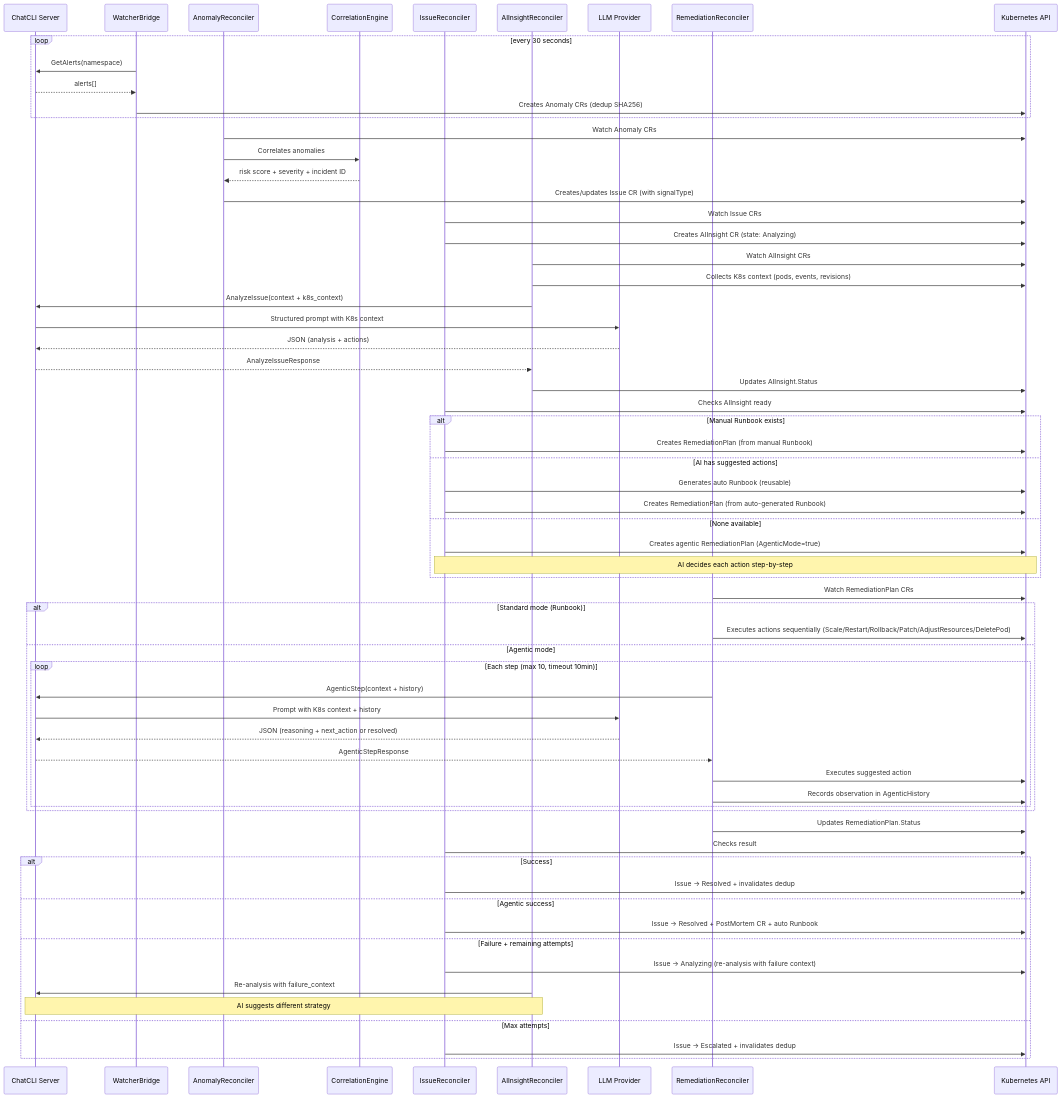
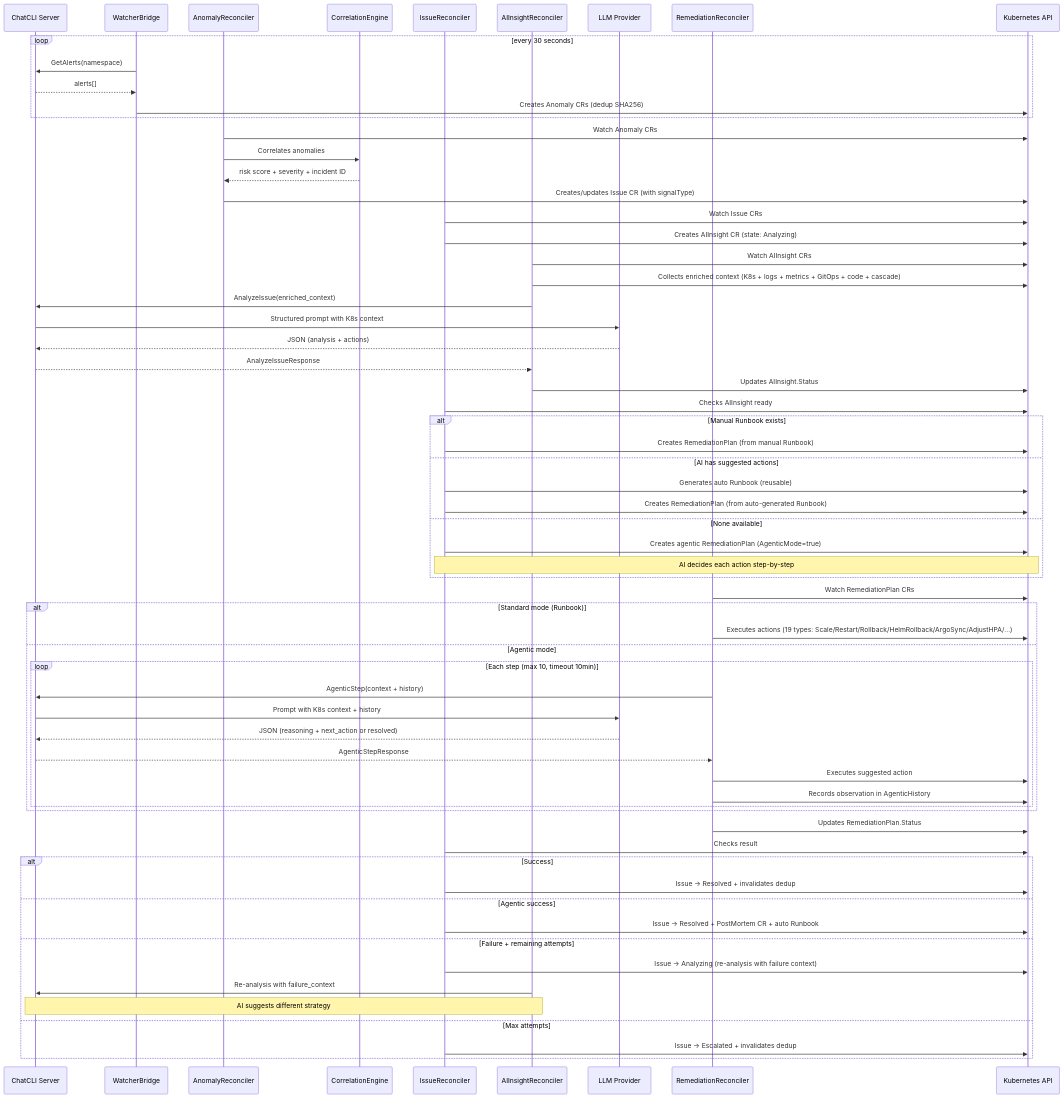
Before and after one commit to diillson/chatcli.ai: the first of 3 diagrams in en/features/aiops-platform.mdx, drawn with Mermaid. The commit also changed other lines of this file and 14 other files, not shown here.

````diff
--- a/en/features/aiops-platform.mdx
+++ b/en/features/aiops-platform.mdx
@@ -47,74 +47,74 @@
 ```mermaid
 sequenceDiagram
     participant Server as ChatCLI Server
     participant WB as WatcherBridge
     participant AR as AnomalyReconciler
     participant CE as CorrelationEngine
     participant IR as IssueReconciler
     participant AIR as AIInsightReconciler
     participant LLM as LLM Provider
     participant RR as RemediationReconciler
     participant K8s as Kubernetes API
 
     loop every 30 seconds
         WB->>Server: GetAlerts(namespace)
         Server-->>WB: alerts[]
         WB->>K8s: Creates Anomaly CRs (dedup SHA256)
     end
 
     AR->>K8s: Watch Anomaly CRs
     AR->>CE: Correlates anomalies
     CE-->>AR: risk score + severity + incident ID
     AR->>K8s: Creates/updates Issue CR (with signalType)
 
     IR->>K8s: Watch Issue CRs
     IR->>K8s: Creates AIInsight CR (state: Analyzing)
 
     AIR->>K8s: Watch AIInsight CRs
-    AIR->>K8s: Collects K8s context (pods, events, revisions)
-    AIR->>Server: AnalyzeIssue(context + k8s_context)
+    AIR->>K8s: Collects enriched context (K8s + logs + metrics + GitOps + code + cascade)
+    AIR->>Server: AnalyzeIssue(enriched_context)
     Server->>LLM: Structured prompt with K8s context
     LLM-->>Server: JSON (analysis + actions)
     Server-->>AIR: AnalyzeIssueResponse
     AIR->>K8s: Updates AIInsight.Status
 
     IR->>K8s: Checks AIInsight ready
     alt Manual Runbook exists
         IR->>K8s: Creates RemediationPlan (from manual Runbook)
     else AI has suggested actions
         IR->>K8s: Generates auto Runbook (reusable)
         IR->>K8s: Creates RemediationPlan (from auto-generated Runbook)
     else None available
         IR->>K8s: Creates agentic RemediationPlan (AgenticMode=true)
         Note over IR,K8s: AI decides each action step-by-step
     end
 
     RR->>K8s: Watch RemediationPlan CRs
 
     alt Standard mode (Runbook)
-        RR->>K8s: Executes actions sequentially (Scale/Restart/Rollback/Patch/AdjustResources/DeletePod)
+        RR->>K8s: Executes actions (19 types: Scale/Restart/Rollback/HelmRollback/ArgoSync/AdjustHPA/...)
     else Agentic mode
         loop Each step (max 10, timeout 10min)
             RR->>Server: AgenticStep(context + history)
             Server->>LLM: Prompt with K8s context + history
             LLM-->>Server: JSON (reasoning + next_action or resolved)
             Server-->>RR: AgenticStepResponse
             RR->>K8s: Executes suggested action
             RR->>K8s: Records observation in AgenticHistory
         end
     end
     RR->>K8s: Updates RemediationPlan.Status
 
     IR->>K8s: Checks result
     alt Success
         IR->>K8s: Issue -> Resolved + invalidates dedup
     else Agentic success
         IR->>K8s: Issue -> Resolved + PostMortem CR + auto Runbook
     else Failure + remaining attempts
         IR->>K8s: Issue -> Analyzing (re-analysis with failure context)
         AIR->>Server: Re-analysis with failure_context
         Note over AIR,Server: AI suggests different strategy
     else Max attempts
         IR->>K8s: Issue -> Escalated + invalidates dedup
     end
 ```
````
